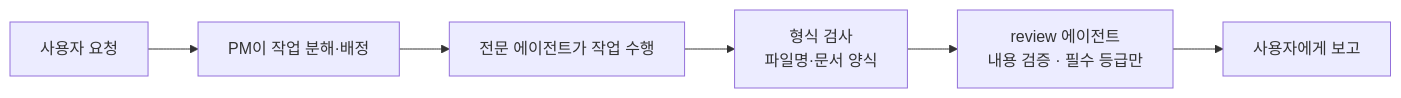
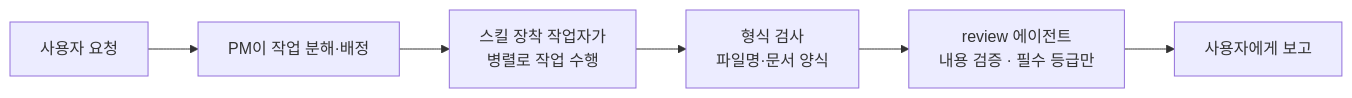
Before and after one commit to Inpsyt/teamAgentSample: the diagram in README.md, drawn with Mermaid. The commit also changed other lines of this file and 24 other files, not shown here.

````diff
--- a/README.md
+++ b/README.md
@@ -56,8 +61,8 @@
 ```mermaid
 flowchart LR
     A[사용자 요청] --> B[PM이 작업 분해·배정]
-    B --> C[전문 에이전트가 작업 수행]
+    B --> C[스킬 장착 작업자가<br>병렬로 작업 수행]
     C --> D[형식 검사<br>파일명·문서 양식]
     D --> E[review 에이전트<br>내용 검증 · 필수 등급만]
     E --> F[사용자에게 보고]
 ```
````
